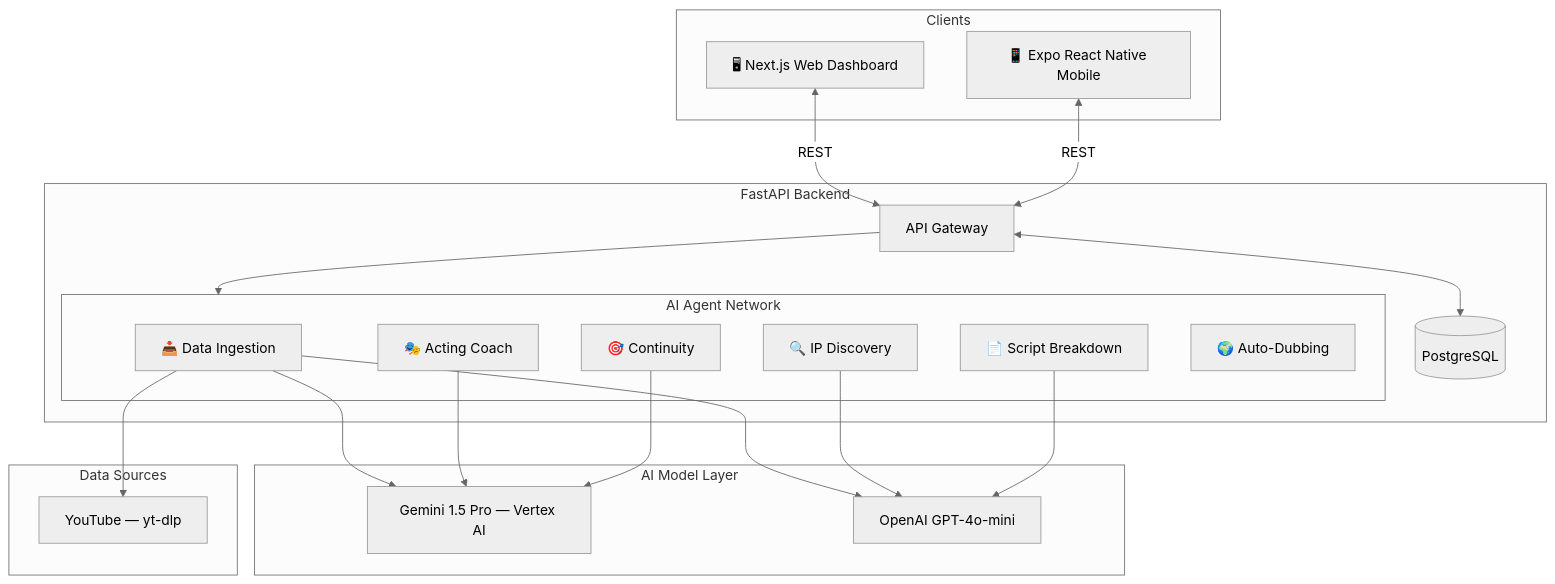
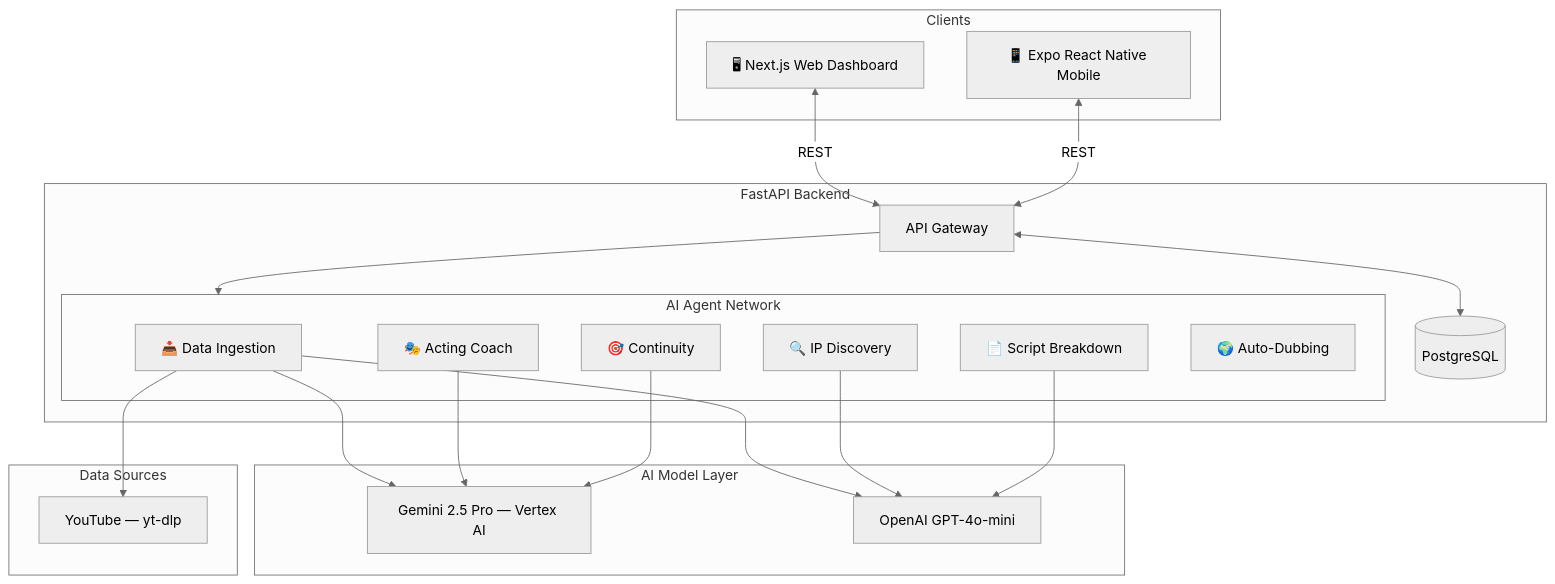
The diagram in README.md (akmalkhaniub/AK_Productions), drawn with Mermaid (neutral theme) before and after one commit. The commit also changed other lines of this file and 42 other files, not shown here.

````diff
--- a/README.md
+++ b/README.md
@@ -46,42 +46,42 @@
 ```mermaid
 flowchart TD
     subgraph Clients
         W["🖥 Next.js Web Dashboard"]
         M["📱 Expo React Native Mobile"]
     end
 
     subgraph Backend["FastAPI Backend"]
         API["API Gateway"]
         DB[("PostgreSQL")]
 
         subgraph Agents["AI Agent Network"]
             DI["📥 Data Ingestion"]
             IP["🔍 IP Discovery"]
             SB["📄 Script Breakdown"]
             AC["🎭 Acting Coach"]
             CA["🎯 Continuity"]
             AD["🌍 Auto-Dubbing"]
         end
     end
 
     subgraph AI["AI Model Layer"]
-        G["Gemini 1.5 Pro — Vertex AI"]
+        G["Gemini 2.5 Pro — Vertex AI"]
         O["OpenAI GPT-4o-mini"]
     end
 
     subgraph Data["Data Sources"]
         YT["YouTube — yt-dlp"]
     end
 
     W <-->|REST| API
     M <-->|REST| API
     API <--> DB
     API --> Agents
     DI --> YT
     DI --> G
     DI --> O
     IP --> O
     SB --> O
     AC --> G
     CA --> G
 ```
````
